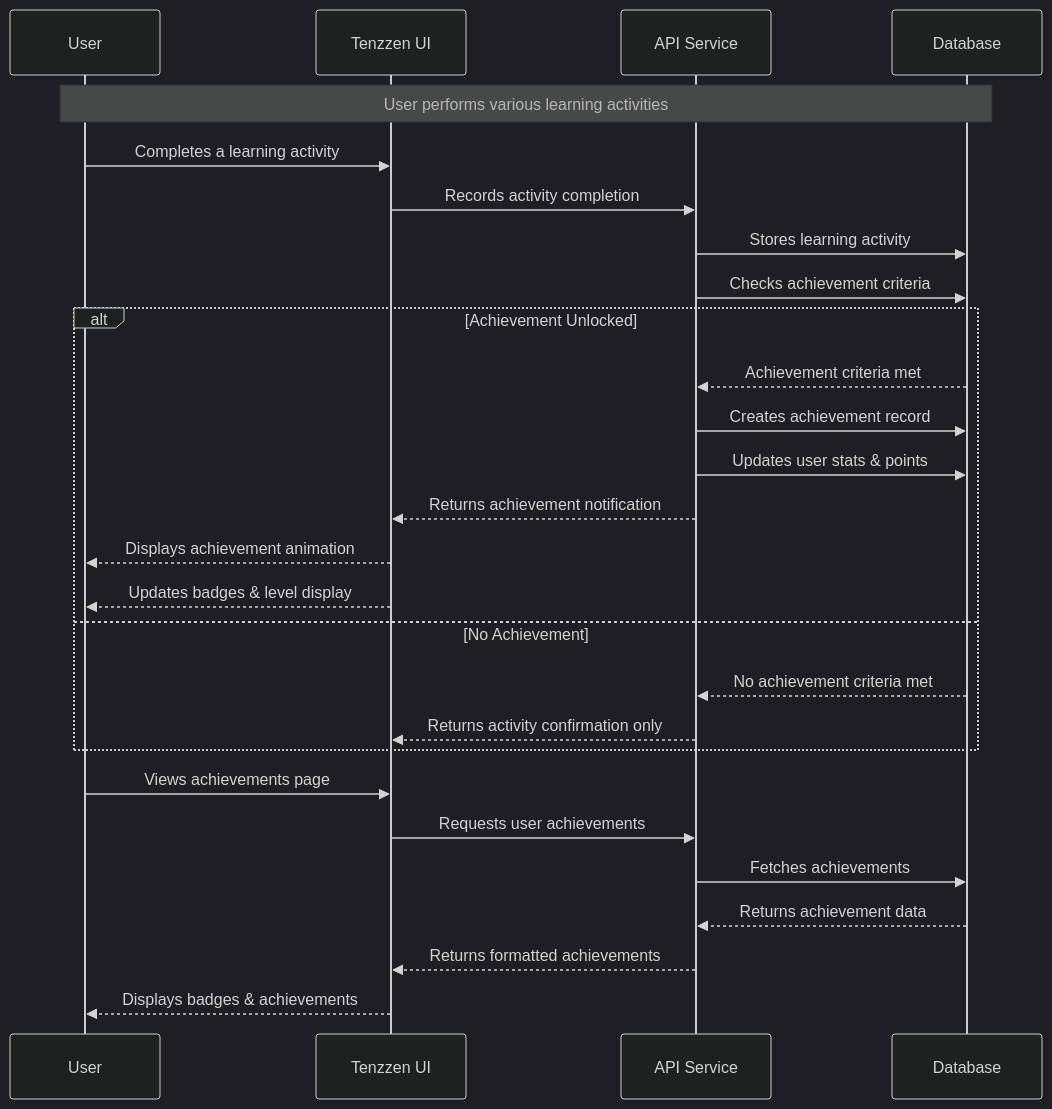
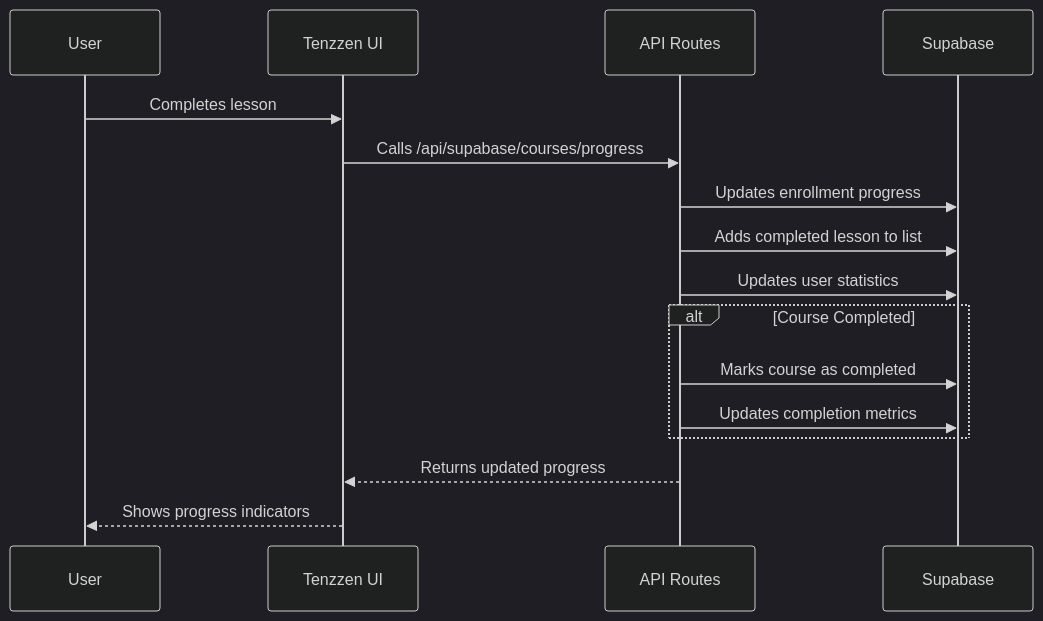
Before and after one commit to codeKobby/tenzzen-app: the sixth of 6 diagrams in docs/DATABASE_AND_FLOWS.md, drawn with Mermaid (dark theme). The commit also changed other lines of this file and 55 other files, not shown here.

````diff
--- a/docs/DATABASE_AND_FLOWS.md
+++ b/docs/DATABASE_AND_FLOWS.md
@@ -509,33 +207,21 @@
 ```mermaid
 sequenceDiagram
     participant User
     participant UI as Tenzzen UI
-    participant API as API Service
-    participant DB as Database
+    participant API as API Routes
+    participant DB as Supabase
 
-    Note over User,DB: User performs various learning activities
+    User->>UI: Completes lesson
+    UI->>API: Calls /api/supabase/courses/progress
+    API->>DB: Updates enrollment progress
+    API->>DB: Adds completed lesson to list
+    API->>DB: Updates user statistics
 
-    User->>UI: Completes a learning activity
-    UI->>API: Records activity completion
-    API->>DB: Stores learning activity
-    API->>DB: Checks achievement criteria
-
-    alt Achievement Unlocked
-        DB-->>API: Achievement criteria met
-        API->>DB: Creates achievement record
-        API->>DB: Updates user stats & points
-        API-->>UI: Returns achievement notification
-        UI-->>User: Displays achievement animation
-        UI-->>User: Updates badges & level display
-    else No Achievement
-        DB-->>API: No achievement criteria met
-        API-->>UI: Returns activity confirmation only
+    alt Course Completed
+        API->>DB: Marks course as completed
+        API->>DB: Updates completion metrics
     end
 
-    User->>UI: Views achievements page
-    UI->>API: Requests user achievements
-    API->>DB: Fetches achievements
-    DB-->>API: Returns achievement data
-    API-->>UI: Returns formatted achievements
-    UI-->>User: Displays badges & achievements
+    API-->>UI: Returns updated progress
+    UI-->>User: Shows progress indicators
 ```
````
